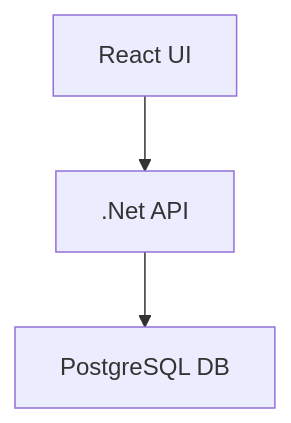
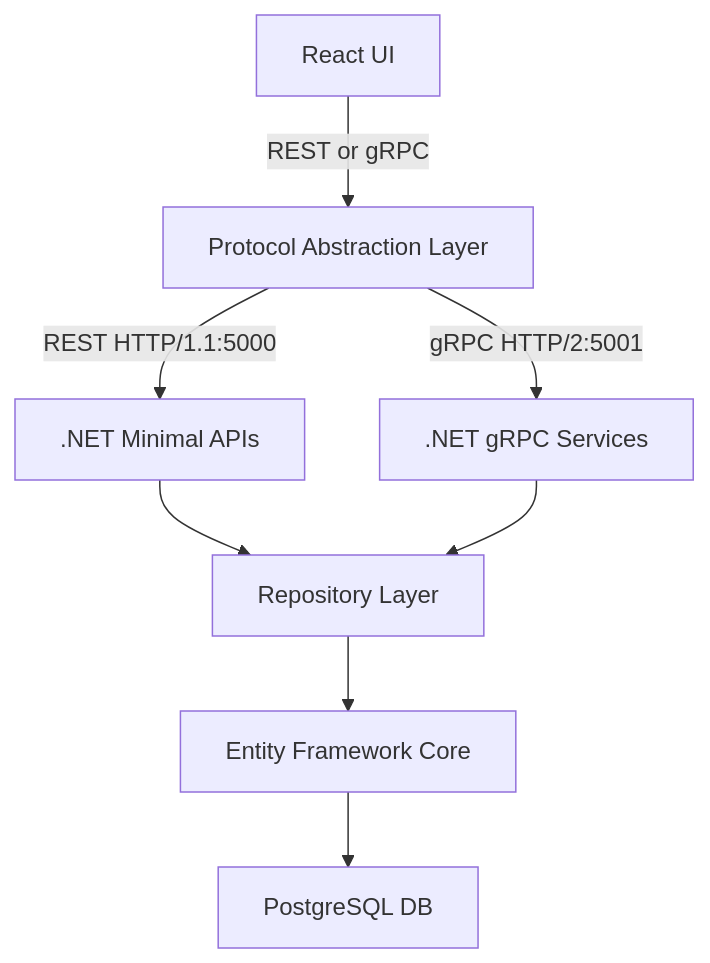
Before and after one commit to ThomasGooch/agent-os-brownfield: the first of 2 diagrams in README.md, drawn with Mermaid. The commit also changed other lines of this file and 59 other files, not shown here.

First line of the commit message:
feat: Implement REST to gRPC migration for expense management

````diff
--- a/README.md
+++ b/README.md
@@ -5,5 +17,10 @@
 ```mermaid
 graph TD
-    A[React UI] --> B[.Net API]
-    B --> C[PostgreSQL DB]
+    A[React UI] -->|REST or gRPC| B[Protocol Abstraction Layer]
+    B -->|REST HTTP/1.1:5000| C[.NET Minimal APIs]
+    B -->|gRPC HTTP/2:5001| D[.NET gRPC Services]
+    C --> E[Repository Layer]
+    D --> E
+    E --> F[Entity Framework Core]
+    F --> G[PostgreSQL DB]
 ```
````
